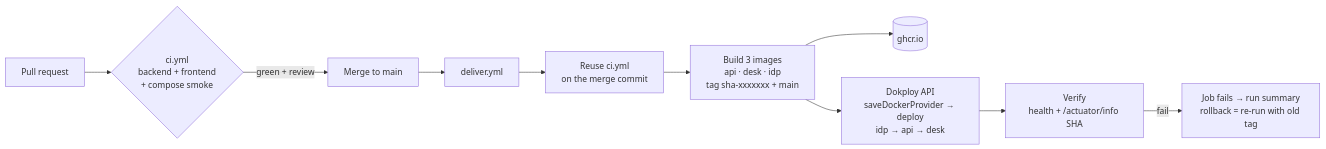
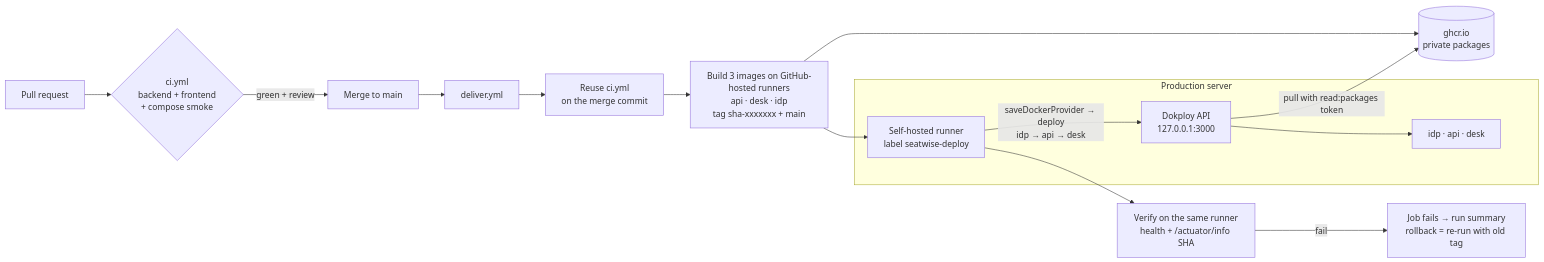
One commit to ayeshdev/seatwise changed the diagram in plans/cicd-dokploy.md. Above: the diagram before and after it, drawn with Mermaid. The commit also changed other lines of this file, not shown here.

First line of the commit message:
docs: deploy via a self-hosted runner on the Dokploy server

````diff
--- a/plans/cicd-dokploy.md
+++ b/plans/cicd-dokploy.md
@@ -12,12 +25,20 @@
 ```mermaid
 flowchart LR
     PR[Pull request] --> CI{ci.yml<br/>backend + frontend<br/>+ compose smoke}
     CI -->|green + review| MERGE[Merge to main]
     MERGE --> DEL[deliver.yml]
     DEL --> T[Reuse ci.yml<br/>on the merge commit]
-    T --> IMG[Build 3 images<br/>api · desk · idp<br/>tag sha-xxxxxxx + main]
-    IMG --> GHCR[(ghcr.io)]
-    IMG --> DEP[Dokploy API<br/>saveDockerProvider → deploy<br/>idp → api → desk]
-    DEP --> VER[Verify<br/>health + /actuator/info SHA]
+    T --> IMG[Build 3 images on GitHub-hosted runners<br/>api · desk · idp<br/>tag sha-xxxxxxx + main]
+    IMG --> GHCR[(ghcr.io<br/>private packages)]
+    subgraph Server["Production server"]
+        RUN[Self-hosted runner<br/>label seatwise-deploy]
+        DK[Dokploy API<br/>127.0.0.1:3000]
+        APPS[idp · api · desk]
+    end
+    IMG --> RUN
+    RUN -->|saveDockerProvider → deploy<br/>idp → api → desk| DK
+    DK -->|pull with read:packages token| GHCR
+    DK --> APPS
+    RUN --> VER[Verify on the same runner<br/>health + /actuator/info SHA]
     VER -->|fail| ALERT[Job fails → run summary<br/>rollback = re-run with old tag]
 ```
````
